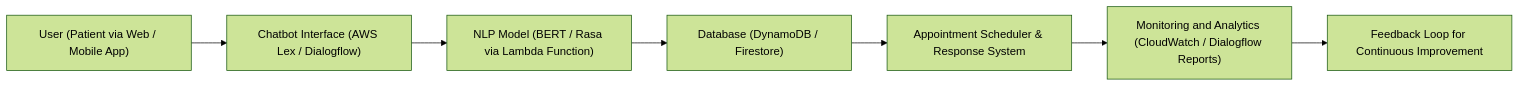
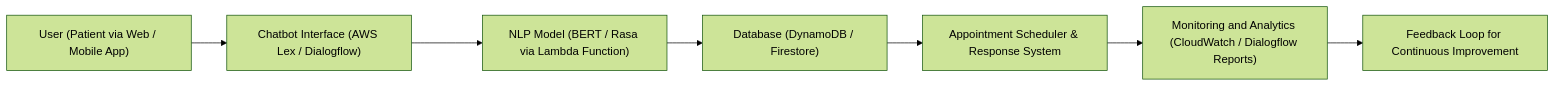
One commit to Aswanthlal/AI_Solution_Designs changed the diagram in Task_5_Healthcare_Chatbot/architecture.mermaid. Above: the diagram before and after it, drawn with Mermaid (forest theme).

```diff
--- a/Task_5_Healthcare_Chatbot/architecture.mermaid
+++ b/Task_5_Healthcare_Chatbot/architecture.mermaid
@@ -1,7 +1,7 @@
 graph LR
     A["User (Patient via Web / Mobile App)"] --> B["Chatbot Interface (AWS Lex / Dialogflow)"]
-    B --> C["NLP Model (BERT / Rasa via Lambda Function)"]
+    B ---> C["NLP Model (BERT / Rasa via Lambda Function)"]
     C --> D["Database (DynamoDB / Firestore)"]
     D --> E["Appointment Scheduler & Response System"]
     E --> F["Monitoring and Analytics (CloudWatch / Dialogflow Reports)"]
     F --> G["Feedback Loop for Continuous Improvement"]
```
